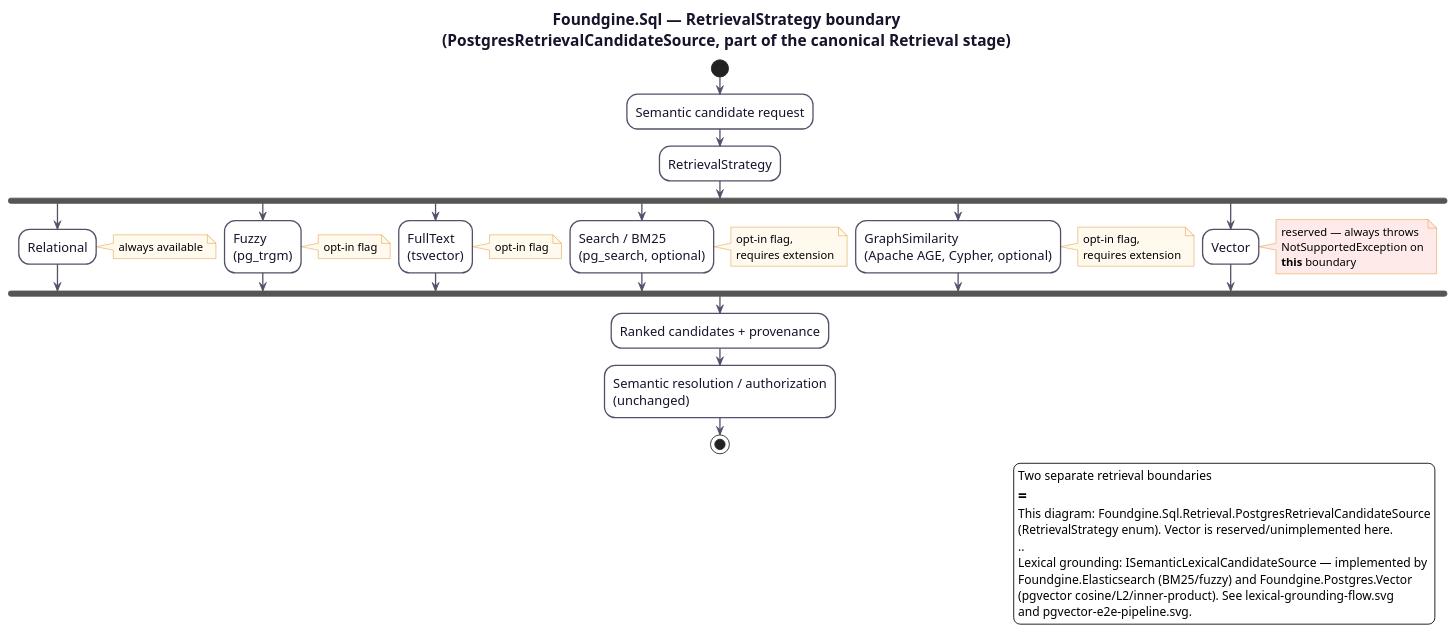
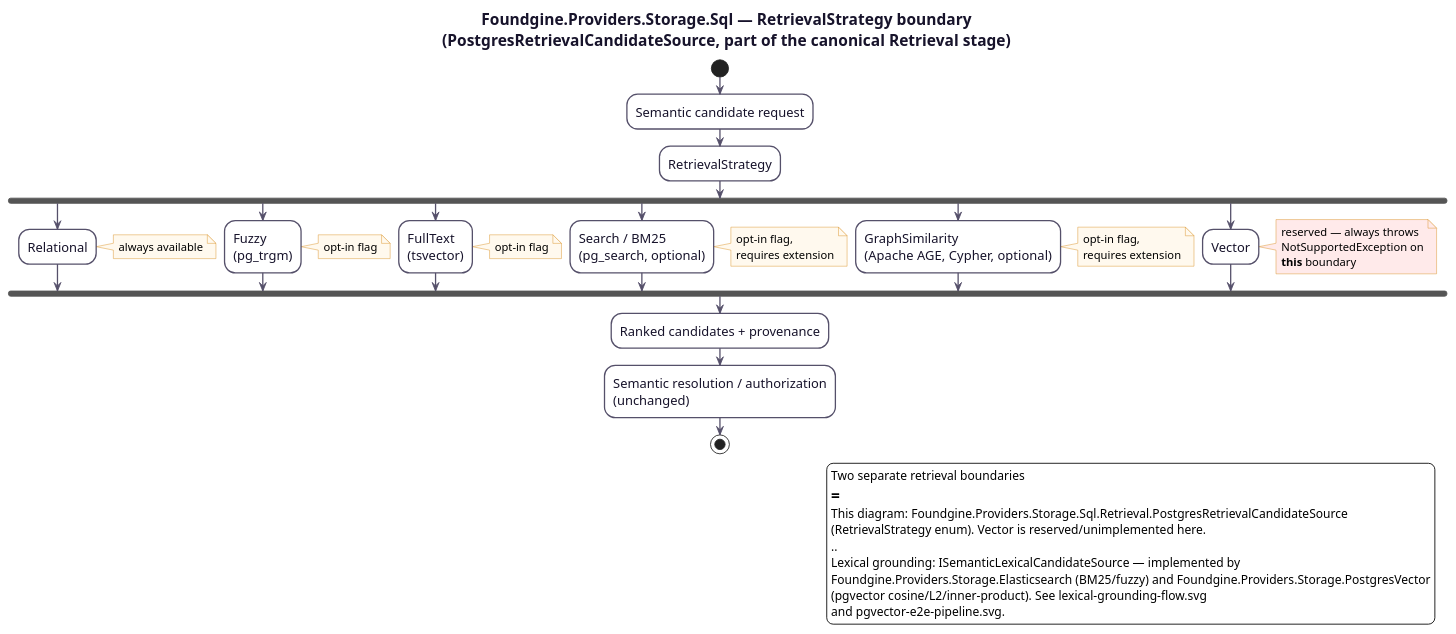
One commit to CristianBarragan/CoffeeBean changed the diagram in docs/diagrams/retrieval-strategy-boundary.puml. Above: the diagram before and after it, drawn with PlantUML. The commit also changed 1283 other files, not shown here.

```diff
--- a/docs/diagrams/retrieval-strategy-boundary.puml
+++ b/docs/diagrams/retrieval-strategy-boundary.puml
@@ -1,57 +1,57 @@
 @startuml retrieval-strategy-boundary
 skinparam backgroundColor #FFFFFF
 skinparam defaultFontName Arial
 skinparam shadowing false
 skinparam ArrowColor #55506A
 skinparam activity {
   FontSize 15
   FontColor #17132B
   BorderThickness 1.5
   BackgroundColor #FFFFFF
   BorderColor #55506A
 }
 skinparam titleFontSize 18
 skinparam titleFontColor #17132B
 skinparam noteBackgroundColor #FFF9EE
 skinparam noteBorderColor #D78A18
 
-title Foundgine.Sql — RetrievalStrategy boundary\n(PostgresRetrievalCandidateSource, part of the canonical Retrieval stage)
+title Foundgine.Providers.Storage.Sql — RetrievalStrategy boundary\n(PostgresRetrievalCandidateSource, part of the canonical Retrieval stage)
 
 start
 :Semantic candidate request;
 :RetrievalStrategy;
 fork
   :Relational;
   note right: always available
 fork again
   :Fuzzy\n(pg_trgm);
   note right: opt-in flag
 fork again
   :FullText\n(tsvector);
   note right: opt-in flag
 fork again
   :Search / BM25\n(pg_search, optional);
   note right: opt-in flag,\nrequires extension
 fork again
   :GraphSimilarity\n(Apache AGE, Cypher, optional);
   note right: opt-in flag,\nrequires extension
 fork again
   :Vector;
   note right #FFEAEA: reserved — always throws\nNotSupportedException on\n**this** boundary
 end fork
 :Ranked candidates + provenance;
 :Semantic resolution / authorization\n(unchanged);
 stop
 
 legend right
   Two separate retrieval boundaries
   ==
-  This diagram: Foundgine.Sql.Retrieval.PostgresRetrievalCandidateSource
+  This diagram: Foundgine.Providers.Storage.Sql.Retrieval.PostgresRetrievalCandidateSource
   (RetrievalStrategy enum). Vector is reserved/unimplemented here.
   ..
   Lexical grounding: ISemanticLexicalCandidateSource — implemented by
-  Foundgine.Elasticsearch (BM25/fuzzy) and Foundgine.Postgres.Vector
+  Foundgine.Providers.Storage.Elasticsearch (BM25/fuzzy) and Foundgine.Providers.Storage.PostgresVector
   (pgvector cosine/L2/inner-product). See lexical-grounding-flow.svg
   and pgvector-e2e-pipeline.svg.
 endlegend
 @enduml
```
